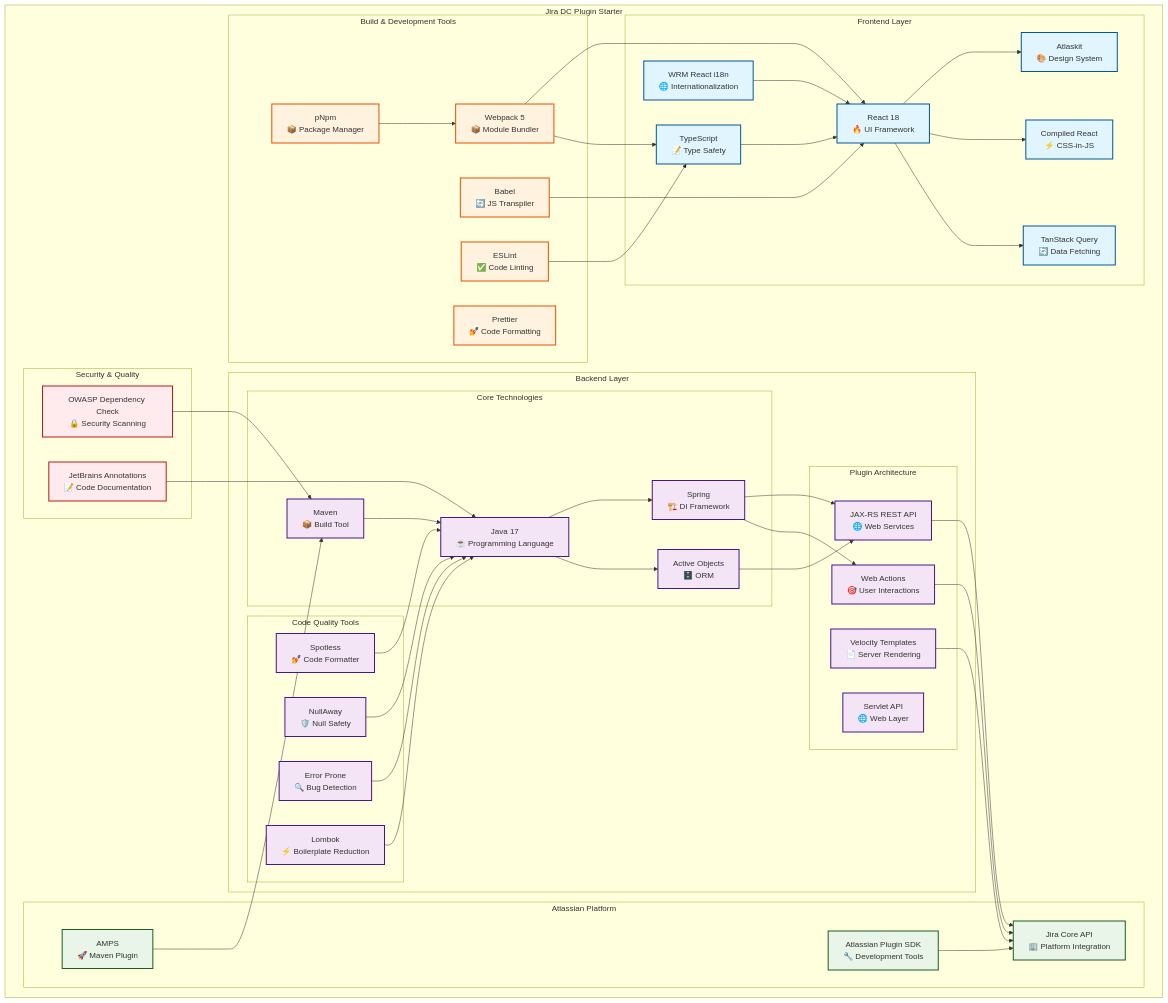
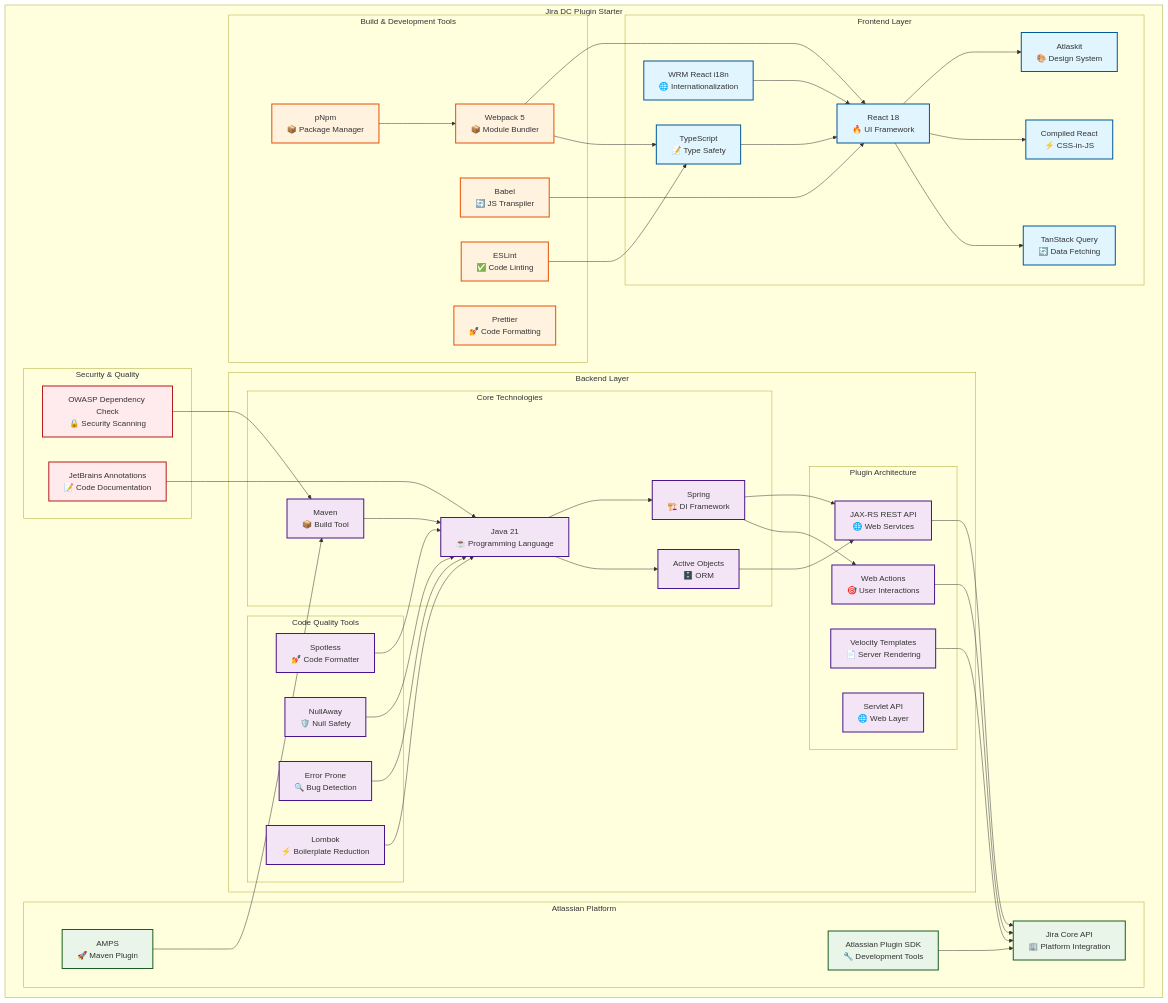
The diagram in README.md (mashintsev/jira-plugin-starter), drawn with Mermaid before and after one commit. The commit also changed other lines of this file and 14 other files, not shown here.

```diff
--- a/README.md
+++ b/README.md
@@ -71,7 +71,7 @@
 
         subgraph "Backend Layer"
             subgraph "Core Technologies"
-                Java["Java 17<br/>☕ Programming Language"]
+                Java["Java 21<br/>☕ Programming Language"]
                 Maven["Maven<br/>📦 Build Tool"]
                 Spring["Spring<br/>🏗️ DI Framework"]
                 AO["Active Objects<br/>🗄️ ORM"]
```
